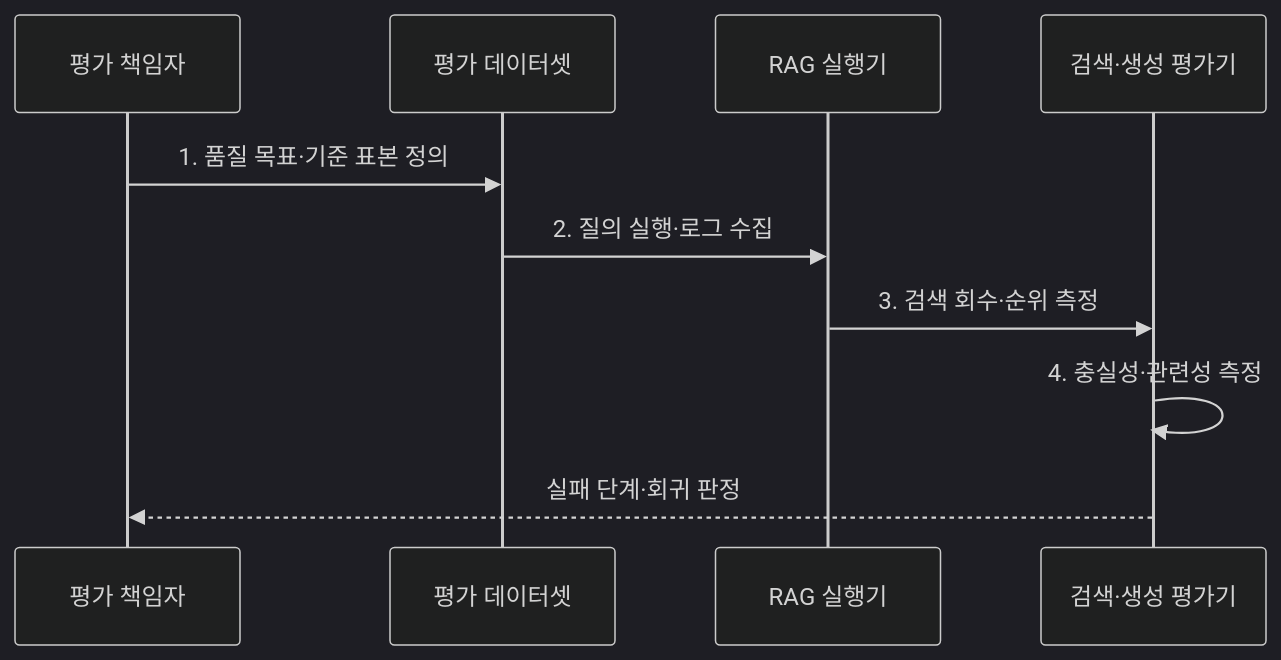
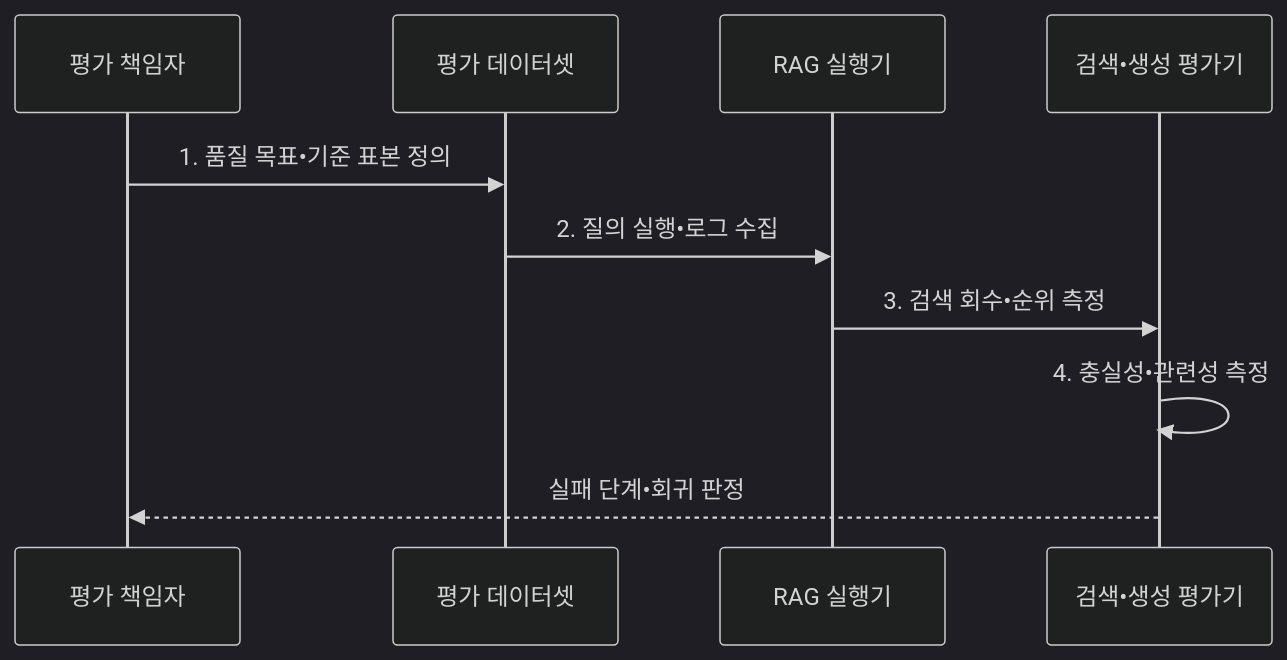
One commit to agnusdei1207/knowledge-base changed the second of 2 diagrams in src/content/docs/notes/08-latest-tech/081_rag_evaluation.md. Above: the diagram before and after it, drawn with Mermaid (dark theme). The commit also changed other lines of this file and 953 other files, not shown here.

````diff
--- a/src/content/docs/notes/08-latest-tech/081_rag_evaluation.md
+++ b/src/content/docs/notes/08-latest-tech/081_rag_evaluation.md
@@ -106,12 +106,12 @@
 ```mermaid
 sequenceDiagram
     participant O as 평가 책임자
     participant D as 평가 데이터셋
     participant X as RAG 실행기
-    participant E as 검색·생성 평가기
-    O->>D: 1. 품질 목표·기준 표본 정의
-    D->>X: 2. 질의 실행·로그 수집
-    X->>E: 3. 검색 회수·순위 측정
-    E->>E: 4. 충실성·관련성 측정
-    E-->>O: 실패 단계·회귀 판정
+    participant E as 검색•생성 평가기
+    O->>D: 1. 품질 목표•기준 표본 정의
+    D->>X: 2. 질의 실행•로그 수집
+    X->>E: 3. 검색 회수•순위 측정
+    E->>E: 4. 충실성•관련성 측정
+    E-->>O: 실패 단계•회귀 판정
 ```
````
